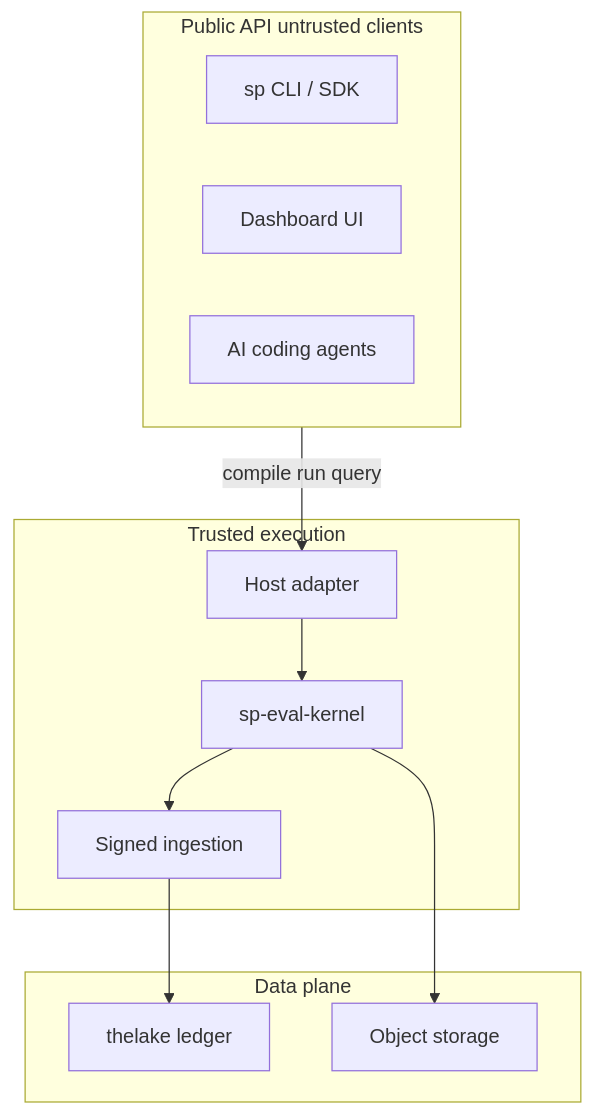
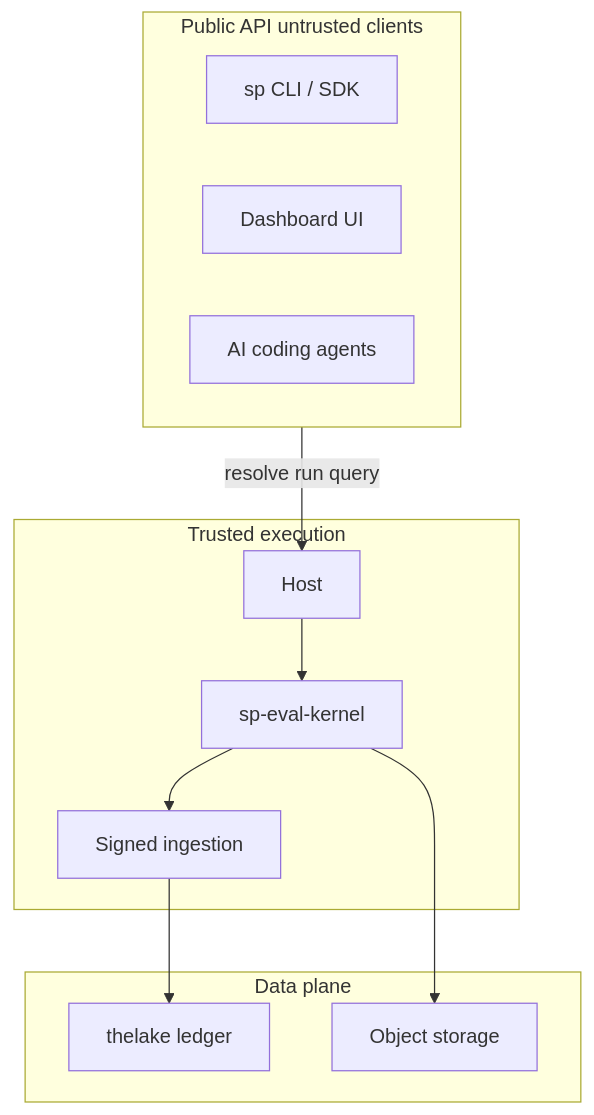
The first of 2 diagrams in en/evaluation/architecture/trust-boundaries.md (softprobe/document-website), drawn with Mermaid before and after one commit. The commit also changed other lines of this file and 57 other files, not shown here.

````diff
--- a/en/evaluation/architecture/trust-boundaries.md
+++ b/en/evaluation/architecture/trust-boundaries.md
@@ -11,21 +11,21 @@
 ```mermaid
 flowchart TB
   subgraph public [Public API untrusted clients]
     CLI[sp CLI / SDK]
     UI[Dashboard UI]
     Agent[AI coding agents]
   end
   subgraph trusted [Trusted execution]
-    Host[Host adapter]
+    Host[Host]
     Kernel[sp-eval-kernel]
     Ingest[Signed ingestion]
   end
   subgraph data [Data plane]
     Ledger[thelake ledger]
     Obj[Object storage]
   end
-  public -->|compile run query| Host
+  public -->|resolve run query| Host
   Host --> Kernel
   Kernel --> Ingest --> Ledger
   Kernel --> Obj
 ```
````
